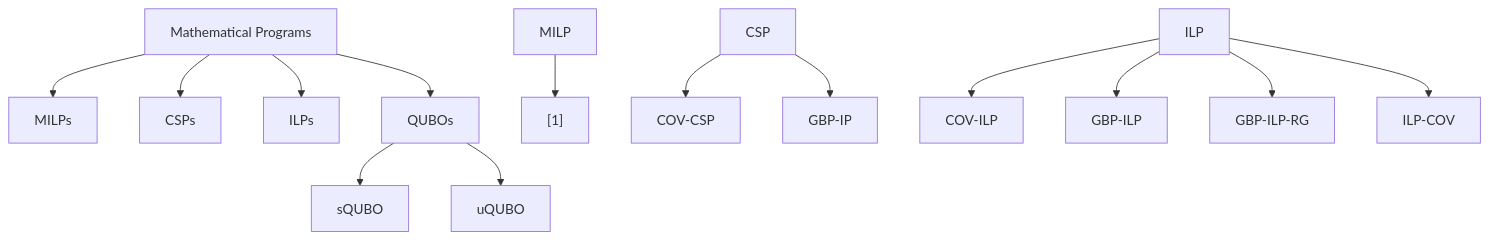
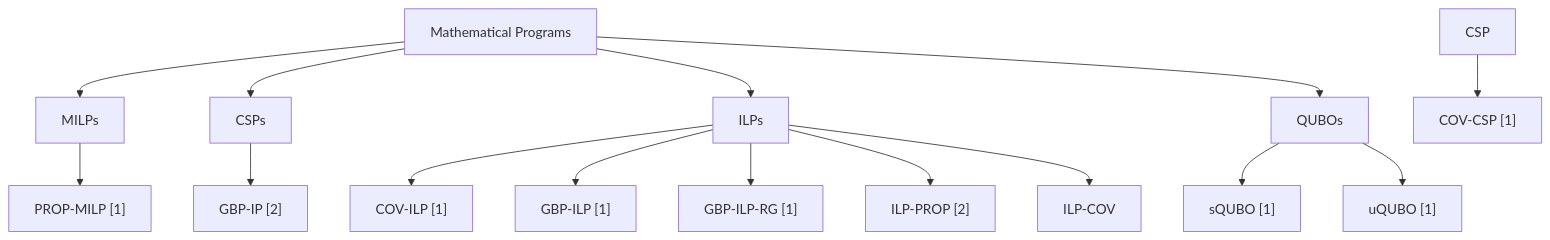
The diagram in README.md (NodesOnFire/GBP-MPs), drawn with Mermaid before and after one commit.

````diff
--- a/README.md
+++ b/README.md
@@ -4,16 +4,17 @@
 ```mermaid
 graph TD;
     MPs["Mathematical Programs"] --> MILPs;
     MPs["Mathematical Programs"] --> CSPs;
     MPs["Mathematical Programs"] --> ILPs;
     MPs["Mathematical Programs"] --> QUBOs;
-    MILP --> PROP-MILP["[1]"];
-    CSP --> COV-CSP;
-    CSP --> GBP-IP;
-    ILP --> COV-ILP;
-    ILP --> GBP-ILP;
-    ILP --> GBP-ILP-RG;
-    ILP --> ILP-COV;
-    QUBOs --> sQUBO;
-    QUBOs --> uQUBO;
+    MILPs --> PROP-MILP["PROP-MILP [1]"];
+    CSP --> COV-CSP["COV-CSP [1]"];
+    CSPs --> GBP-IP["GBP-IP [2]"];
+    ILPs --> COV-ILP["COV-ILP [1]"];
+    ILPs --> GBP-ILP["GBP-ILP [1]"];
+    ILPs --> GBP-ILP-RG["GBP-ILP-RG [1]"];
+    ILPs --> ILP-PROP["ILP-PROP [2]"];
+    ILPs --> ILP-COV;
+    QUBOs --> sQUBO["sQUBO [1]"];
+    QUBOs --> uQUBO["uQUBO [1]"];
 ```
````
